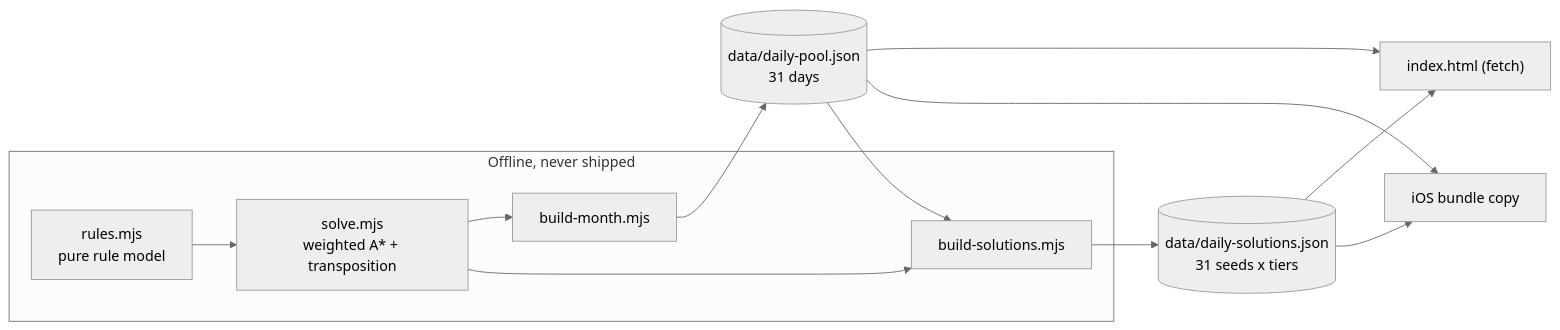
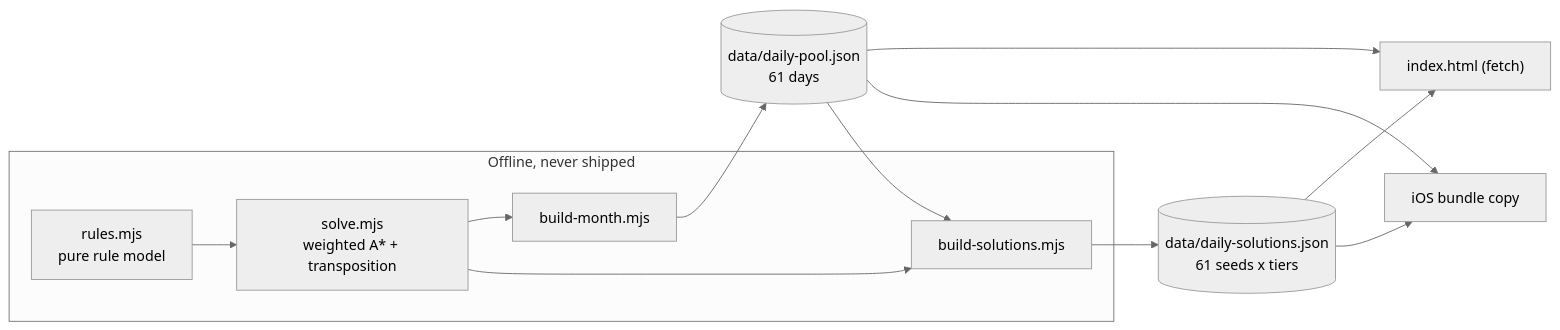
The sixth of 6 diagrams in docs/architecture/overview.md (peterlit/cardgame), drawn with Mermaid (neutral theme) before and after one commit. The commit also changed other lines of this file and 13 other files, not shown here.

````diff
--- a/docs/architecture/overview.md
+++ b/docs/architecture/overview.md
@@ -284,23 +287,23 @@
 ```mermaid
 flowchart LR
     subgraph Offline["Offline, never shipped"]
         Rules["rules.mjs<br/>pure rule model"]
         Solve["solve.mjs<br/>weighted A* + transposition"]
         BP["build-month.mjs"]
         BS["build-solutions.mjs"]
     end
 
-    Pool[("data/daily-pool.json<br/>31 days")]
-    Sol[("data/daily-solutions.json<br/>31 seeds x tiers")]
+    Pool[("data/daily-pool.json<br/>61 days")]
+    Sol[("data/daily-solutions.json<br/>61 seeds x tiers")]
 
     Rules --> Solve
     Solve --> BP
     Solve --> BS
     BP --> Pool
     Pool --> BS
     BS --> Sol
     Pool --> WebApp["index.html (fetch)"]
     Sol --> WebApp
     Pool --> IOS["iOS bundle copy"]
     Sol --> IOS
 ```
````
